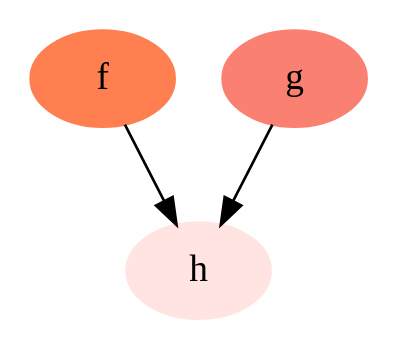
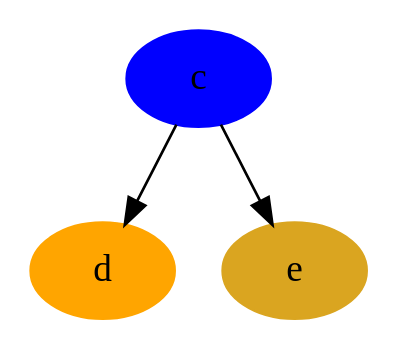
The diagram in data/path.set.01.out.002.gv (graphviz-perl/GraphViz2-Marpa-PathUtils), drawn with Graphviz before and after one commit. The commit also changed 8 other files, not shown here.

```diff
--- a/data/path.set.01.out.002.gv
+++ b/data/path.set.01.out.002.gv
@@ -1,25 +1,26 @@
 strict digraph path_set_01
 {
+	c[ color = "blue" style = "filled"]
+	d[ color = "orange" style = "filled"]
+	e[ color = "goldenrod" style = "filled"]
+	c ->
+	
+	{
+		d
+		e
+	}
 
 	{
 
 	}
-	f[ color = "coral" style = "filled"]
-	g[ color = "salmon" style = "filled"]
-	h[ color = "mistyrose" style = "filled"]
 
-	{
-		f
-		g
-	}
- -> h
 	{
 
 	}
  ->
 	
 	{
 
 	}
 
 }
```
